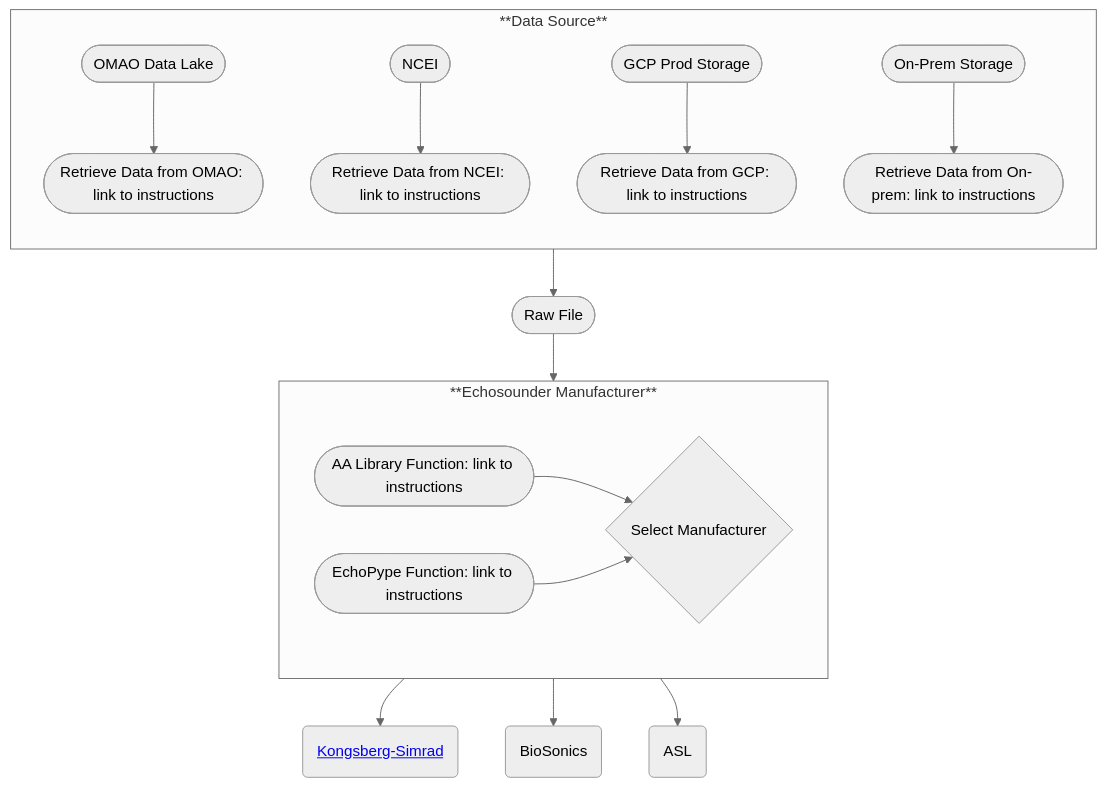
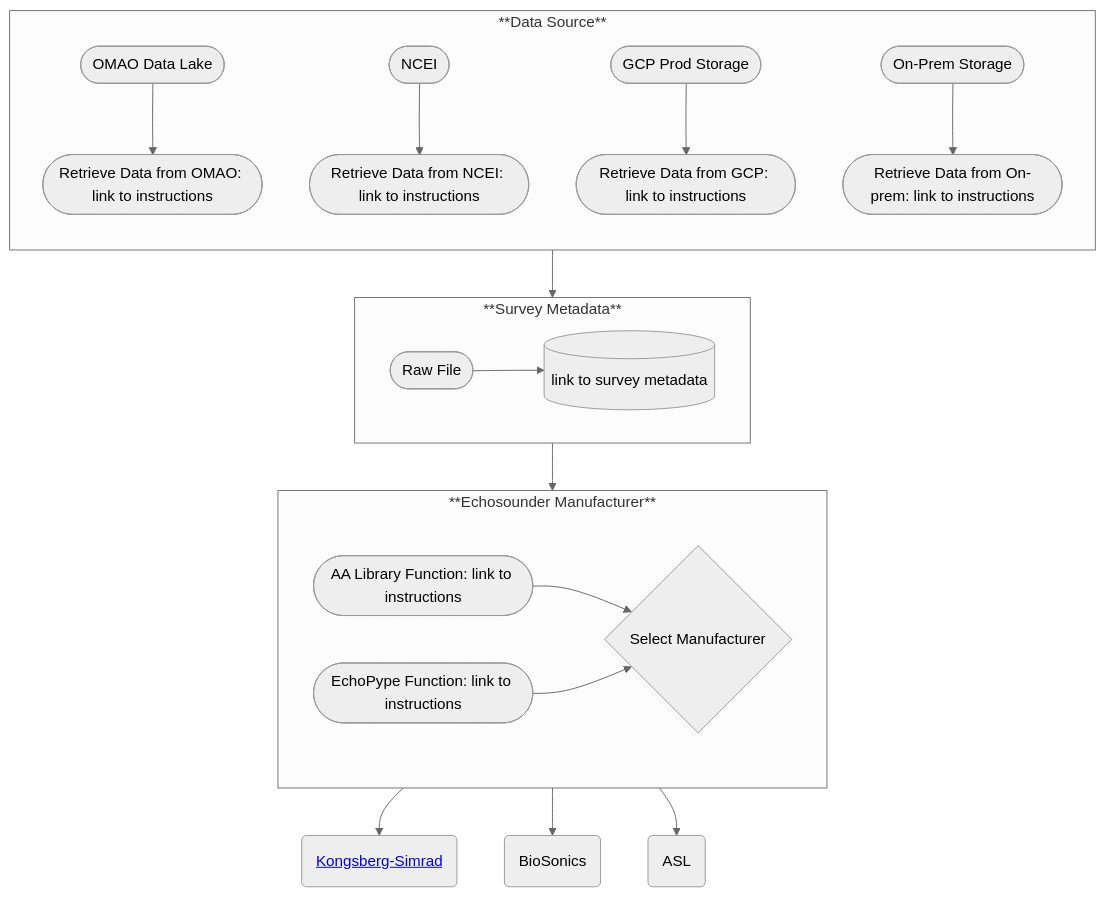
One commit to jmjech/schematic_test changed the diagram in README.md. Above: the diagram before and after it, drawn with Mermaid (neutral theme).

Commit message:
add survey metadata
add survey metadata subgroup

````diff
--- a/README.md
+++ b/README.md
@@ -4,20 +4,24 @@
 ```mermaid
 flowchart TB
     subgraph Source["**Data Source**"]
         direction TB
         idSrcOMAO@{shape: stadium, label: "OMAO Data Lake"} --> idOMAO@{ shape: stadium, label: "Retrieve Data from OMAO: link to instructions" }
         idSrcNCEI@{shape: stadium, label: "NCEI"} --> idNCEI@{ shape: stadium, label: "Retrieve Data from NCEI: link to instructions" }
         idSrcGCP@{shape: stadium, label: "GCP Prod Storage"} --> idGCP@{ shape: stadium, label: "Retrieve Data from GCP: link to instructions" }
         idSrcOP@{shape: stadium, label: "On-Prem Storage"} --> idOP@{ shape: stadium, label: "Retrieve Data from On-prem: link to instructions" }
     end
-    Source --> idRF@{ shape: stadium, label: "Raw File" }
+    subgraph SurveyMD["**Survey Metadata**"]
+        direction LR
+        idRF@{ shape: stadium, label: "Raw File" } --> idSMD@{ shape: database, label: "link to survey metadata" }
+    end
     subgraph Manufacturer["**Echosounder Manufacturer**"]
         direction LR
         idAL1@{shape: stadium, label: "AA Library Function: link to instructions"} --> idMan@{ shape: diamond, label: "Select Manufacturer" }
         idAL2@{shape: stadium, label: "EchoPype Function: link to instructions"} --> idMan
     end
-    idRF --> Manufacturer
+    Source --> SurveyMD
+    SurveyMD --> Manufacturer
     Manufacturer --> idKS@{ shape: rounded, label: "<a href='https://github.com/jmjech/schematic_test/blob/main/Kongsberg-Simrad/README.md'>Kongsberg-Simrad</a>" }
     Manufacturer --> idBS@{ shape: rounded, label: "BioSonics" }
     Manufacturer --> idASL@{ shape: rounded, label: "ASL" }
 ```
````
